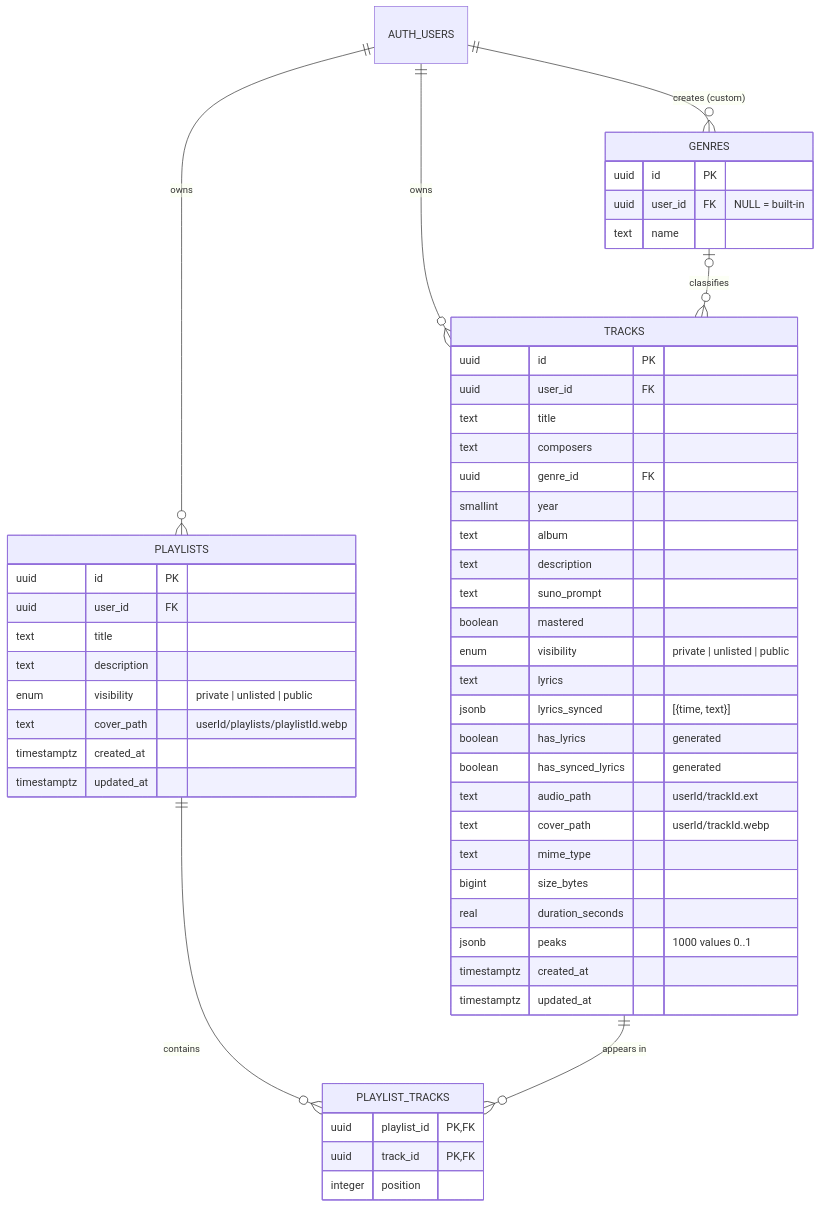
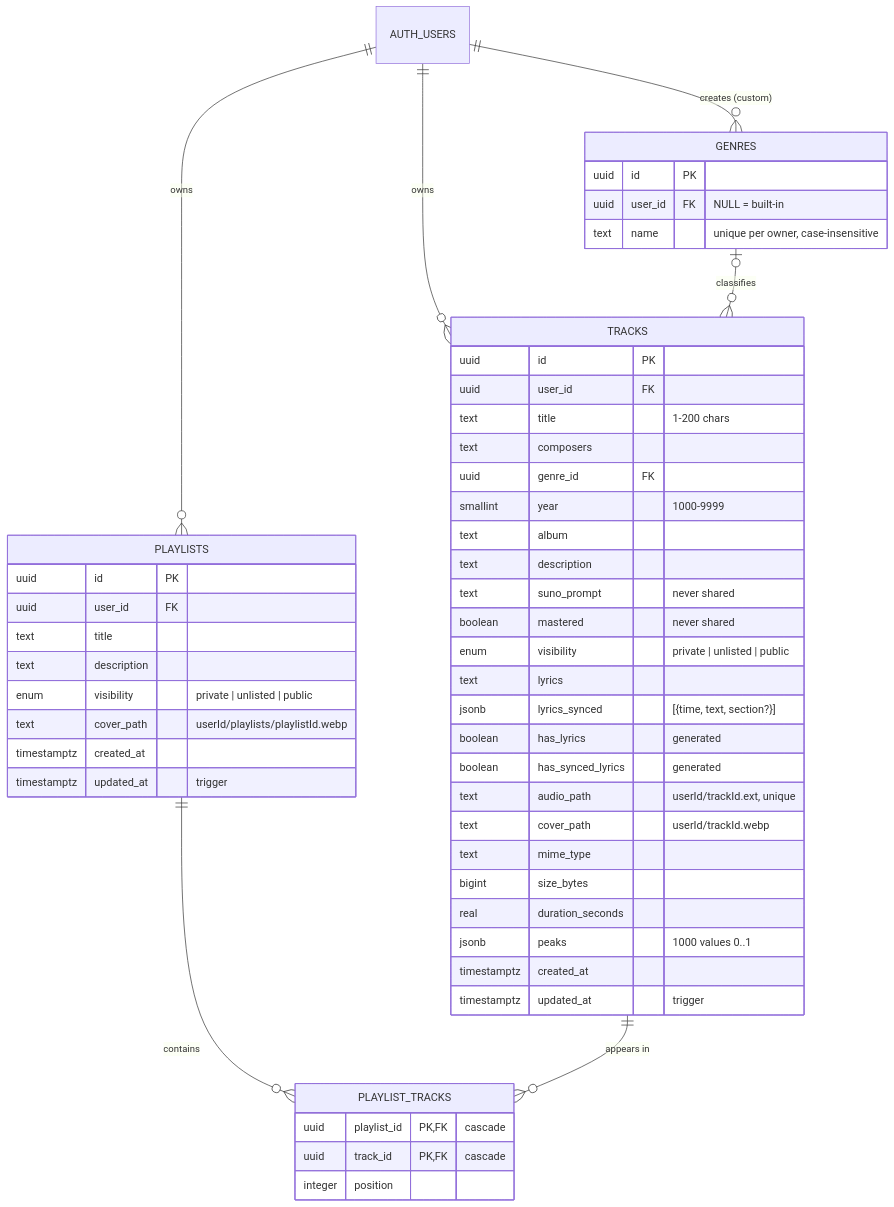
Before and after one commit to alesssz/Chronovault: the seventh of 7 diagrams in README.md, drawn with Mermaid. The commit also changed other lines of this file and 128 other files, not shown here.

````diff
--- a/README.md
+++ b/README.md
@@ -355,55 +575,55 @@
 ```mermaid
 erDiagram
   AUTH_USERS ||--o{ TRACKS : owns
   AUTH_USERS ||--o{ GENRES : "creates (custom)"
   GENRES |o--o{ TRACKS : classifies
   AUTH_USERS ||--o{ PLAYLISTS : owns
   PLAYLISTS ||--o{ PLAYLIST_TRACKS : contains
   TRACKS ||--o{ PLAYLIST_TRACKS : "appears in"
 
   TRACKS {
     uuid id PK
     uuid user_id FK
-    text title
+    text title "1-200 chars"
     text composers
     uuid genre_id FK
-    smallint year
+    smallint year "1000-9999"
     text album
     text description
-    text suno_prompt
-    boolean mastered
+    text suno_prompt "never shared"
+    boolean mastered "never shared"
     enum visibility "private | unlisted | public"
     text lyrics
-    jsonb lyrics_synced "[{time, text}]"
+    jsonb lyrics_synced "[{time, text, section?}]"
     boolean has_lyrics "generated"
     boolean has_synced_lyrics "generated"
-    text audio_path "userId/trackId.ext"
+    text audio_path "userId/trackId.ext, unique"
     text cover_path "userId/trackId.webp"
     text mime_type
     bigint size_bytes
     real duration_seconds
     jsonb peaks "1000 values 0..1"
     timestamptz created_at
-    timestamptz updated_at
+    timestamptz updated_at "trigger"
   }
   GENRES {
     uuid id PK
     uuid user_id FK "NULL = built-in"
-    text name
+    text name "unique per owner, case-insensitive"
   }
   PLAYLISTS {
     uuid id PK
     uuid user_id FK
     text title
     text description
     enum visibility "private | unlisted | public"
     text cover_path "userId/playlists/playlistId.webp"
     timestamptz created_at
-    timestamptz updated_at
+    timestamptz updated_at "trigger"
   }
   PLAYLIST_TRACKS {
-    uuid playlist_id PK, FK
-    uuid track_id PK, FK
+    uuid playlist_id PK, FK "cascade"
+    uuid track_id PK, FK "cascade"
     integer position
   }
 ```
````
